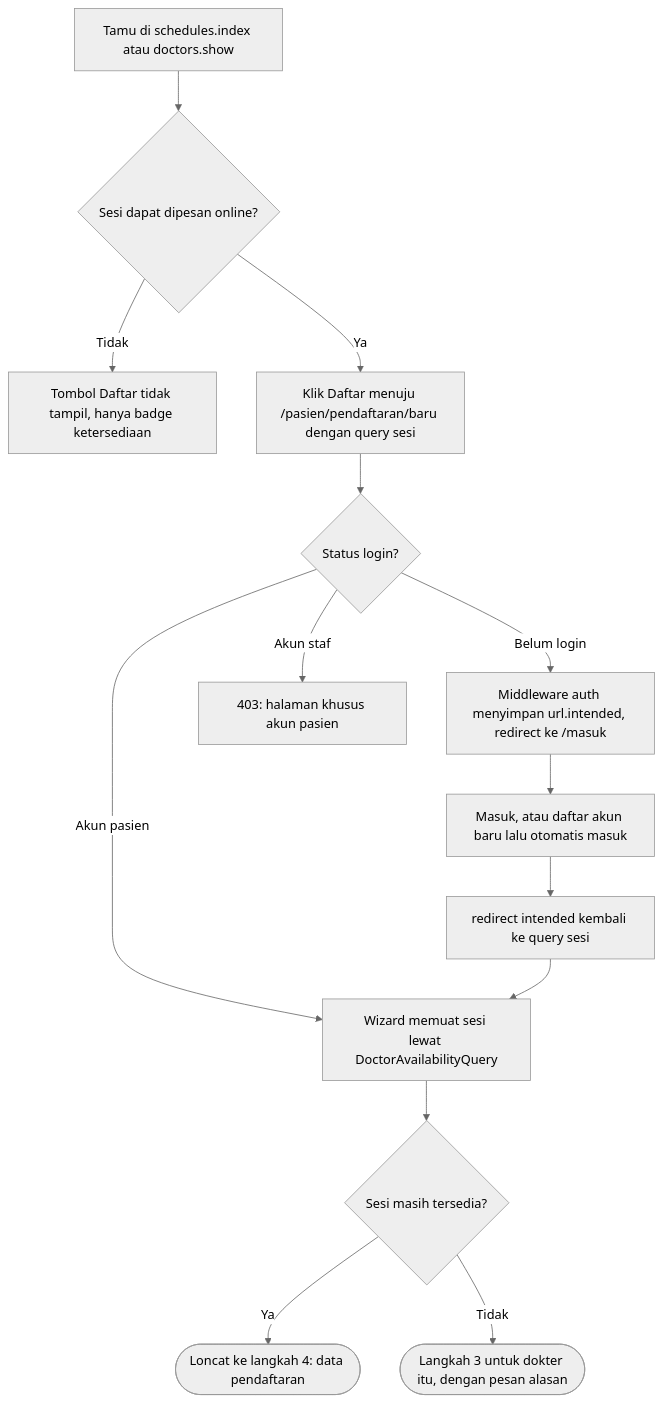
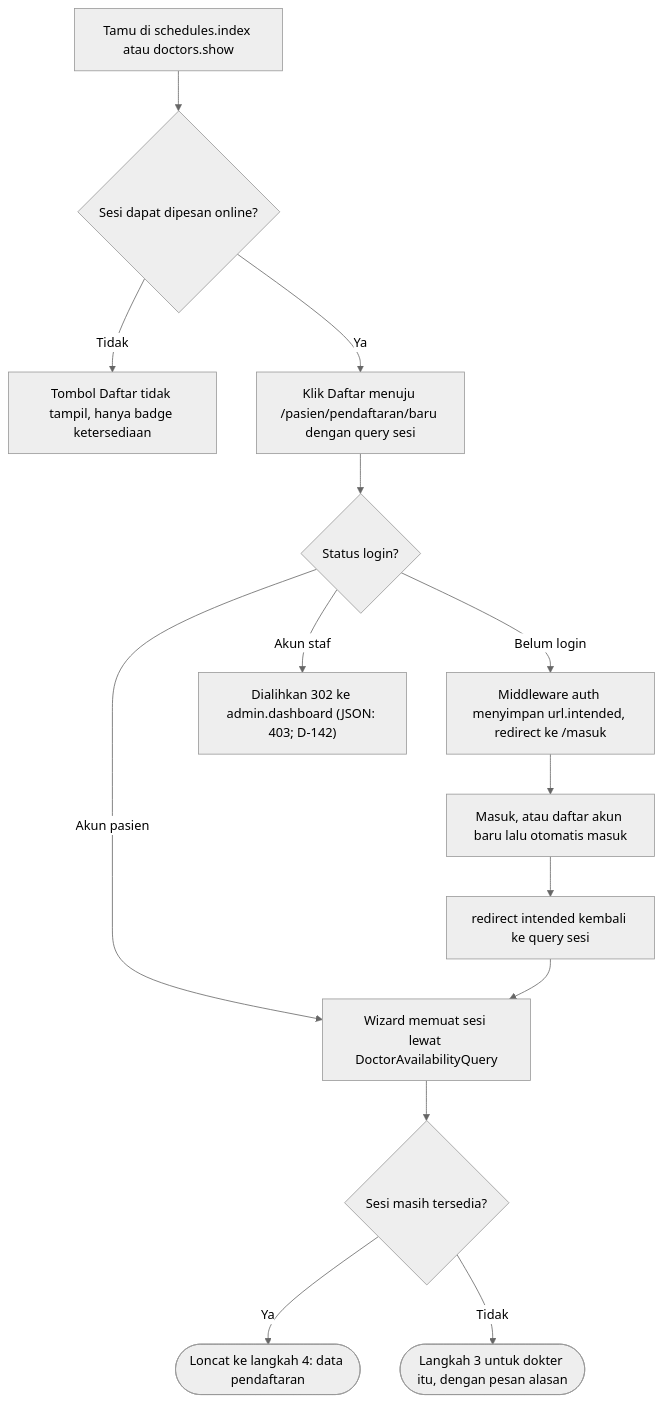
Before and after one commit to omangs007/Tugas_Pemrograman_2_UNPAM_HOSPITAL: the sixth of 27 diagrams in docs/superpowers/specs/2026-10-02-unpam-hospital-blueprint/06-alur.md, drawn with Mermaid (neutral theme). The commit also changed other lines of this file and 5 other files, not shown here.

````diff
--- a/docs/superpowers/specs/2026-10-02-unpam-hospital-blueprint/06-alur.md
+++ b/docs/superpowers/specs/2026-10-02-unpam-hospital-blueprint/06-alur.md
@@ -334,16 +334,16 @@
 ```mermaid
 flowchart TD
     A["Tamu di schedules.index atau doctors.show"] --> B{"Sesi dapat dipesan online?"}
     B -->|"Tidak"| B1["Tombol Daftar tidak tampil, hanya badge ketersediaan"]
     B -->|"Ya"| C["Klik Daftar menuju /pasien/pendaftaran/baru dengan query sesi"]
     C --> D{"Status login?"}
     D -->|"Belum login"| E["Middleware auth menyimpan url.intended, redirect ke /masuk"]
     E --> F["Masuk, atau daftar akun baru lalu otomatis masuk"]
     F --> G["redirect intended kembali ke query sesi"]
-    D -->|"Akun staf"| H["403: halaman khusus akun pasien"]
+    D -->|"Akun staf"| H["Dialihkan 302 ke admin.dashboard (JSON: 403; D-142)"]
     D -->|"Akun pasien"| I
     G --> I["Wizard memuat sesi lewat DoctorAvailabilityQuery"]
     I --> J{"Sesi masih tersedia?"}
     J -->|"Ya"| K(["Loncat ke langkah 4: data pendaftaran"])
     J -->|"Tidak"| L(["Langkah 3 untuk dokter itu, dengan pesan alasan"])
 ```
````
